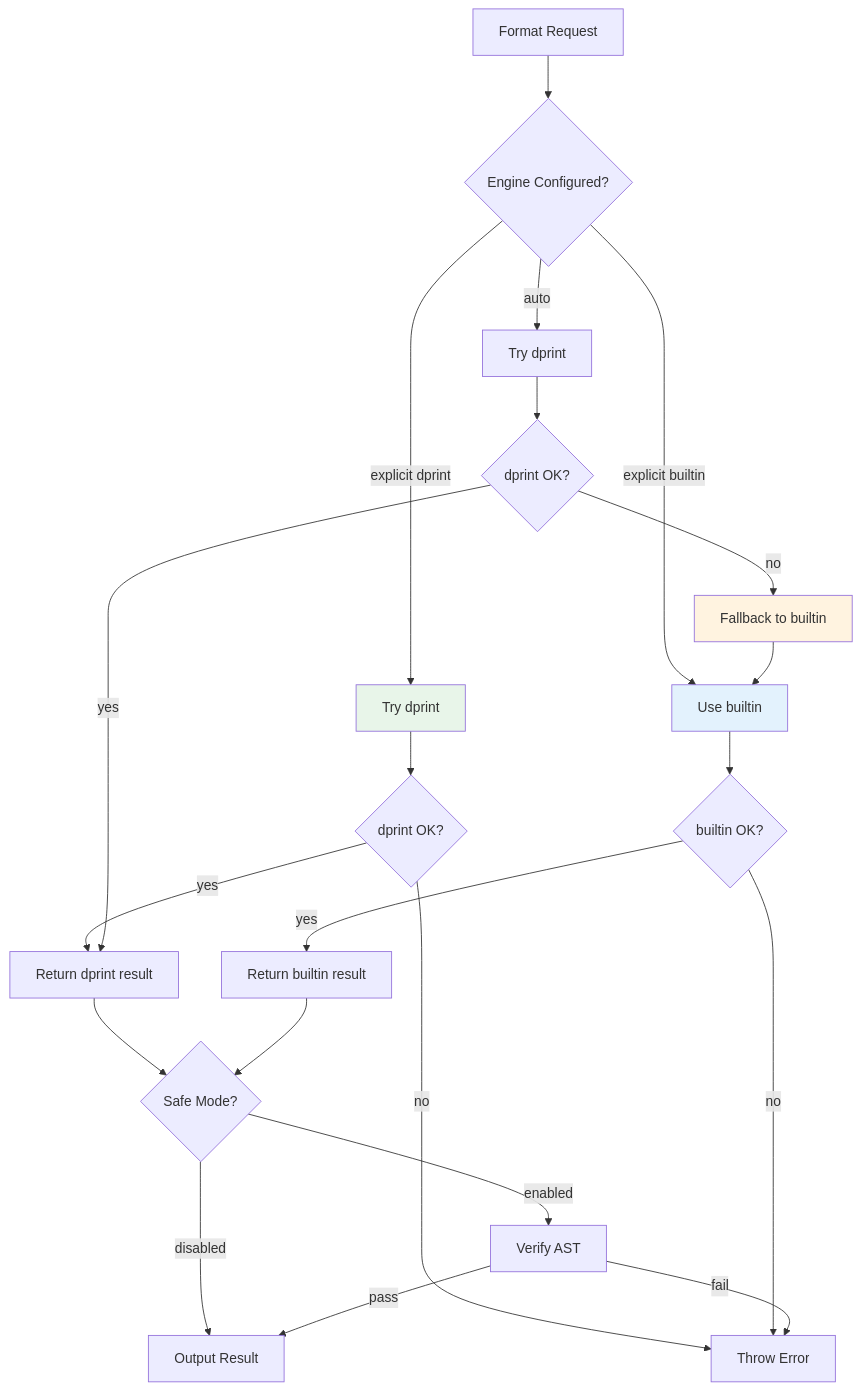
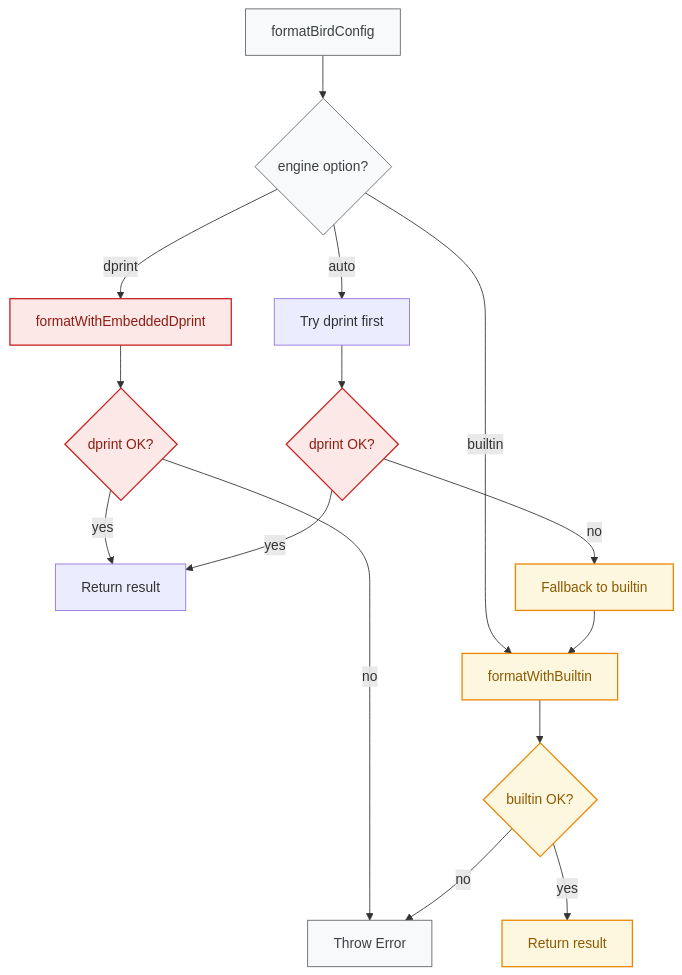
Before and after one commit to bird-chinese-community/BIRD-LSP: the third of 4 diagrams in packages/@birdcc/formatter/README.md, drawn with Mermaid. The commit also changed other lines of this file and 5 other files, not shown here.

Commit message:
docs(mermaid): Unify diagram palette and split by layer

````diff
--- a/packages/@birdcc/formatter/README.md
+++ b/packages/@birdcc/formatter/README.md
@@ -274,34 +278,30 @@
 ```mermaid
 flowchart TD
-    START[Format Request] --> CONFIG{Engine Configured?}
+    classDef infra fill:#fce8e6,stroke:#c5221f,stroke-width:1.5px,color:#8f1d14
+    classDef service fill:#fef7e0,stroke:#ea8600,stroke-width:1.5px,color:#8a5a00
+    classDef flow fill:#f8f9fa,stroke:#5f6368,stroke-width:1px,color:#3c4043
 
-    CONFIG -->|explicit dprint| TRY_DPRINT[Try dprint]
-    CONFIG -->|explicit builtin| USE_BUILTIN[Use builtin]
-    CONFIG -->|auto| TRY_DPRINT_AUTO[Try dprint]
+    START[formatBirdConfig] --> CONFIG{engine option?}
+
+    CONFIG -->|dprint| TRY_DPRINT[formatWithEmbeddedDprint]
+    CONFIG -->|builtin| USE_BUILTIN[formatWithBuiltin]
+    CONFIG -->|auto| TRY_DPRINT_AUTO[Try dprint first]
 
     TRY_DPRINT --> DPRINT_OK{dprint OK?}
     TRY_DPRINT_AUTO --> DPRINT_OK_AUTO{dprint OK?}
 
-    DPRINT_OK -->|yes| RETURN_DPRINT[Return dprint result]
+    DPRINT_OK -->|yes| RETURN_DPRINT[Return result]
     DPRINT_OK -->|no| ERROR[Throw Error]
 
     DPRINT_OK_AUTO -->|yes| RETURN_DPRINT
     DPRINT_OK_AUTO -->|no| FALLBACK[Fallback to builtin]
 
     FALLBACK --> USE_BUILTIN
     USE_BUILTIN --> BUILTIN_OK{builtin OK?}
-    BUILTIN_OK -->|yes| RETURN_BUILTIN[Return builtin result]
+    BUILTIN_OK -->|yes| RETURN_BUILTIN[Return result]
     BUILTIN_OK -->|no| ERROR
 
-    RETURN_DPRINT --> SAFE{Safe Mode?}
-    RETURN_BUILTIN --> SAFE
-
-    SAFE -->|enabled| VERIFY[Verify AST]
-    SAFE -->|disabled| OUTPUT[Output Result]
-    VERIFY -->|pass| OUTPUT
-    VERIFY -->|fail| ERROR
-
-    style TRY_DPRINT fill:#e8f5e9
-    style USE_BUILTIN fill:#e3f2fd
-    style FALLBACK fill:#fff3e0
+    class START,CONFIG,ERROR flow
+    class TRY_DPRINT,DPRINT_OK,DPRINT_OK_AUTO infra
+    class USE_BUILTIN,BUILTIN_OK,FALLBACK,RETURN_BUILTIN service
 ```
````
